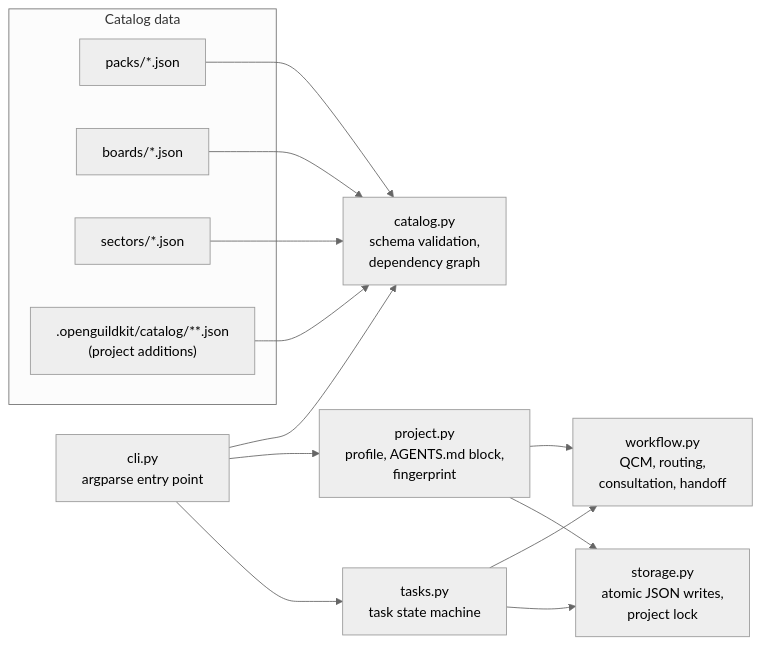
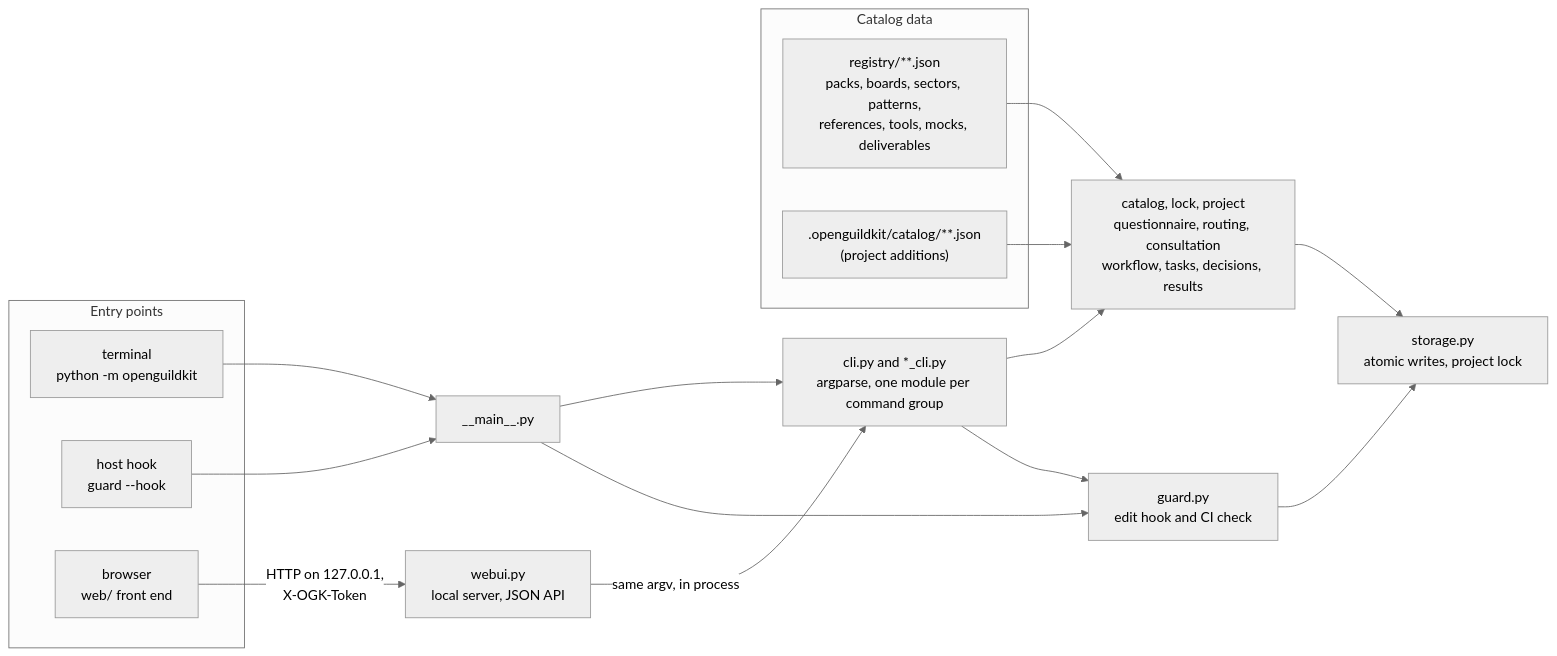
One commit to Sandbox-podcast/OpenGuildKit changed the first of 2 diagrams in docs/architecture.md. Above: the diagram before and after it, drawn with Mermaid (neutral theme). The commit also changed other lines of this file and 522 other files, not shown here.

````diff
--- a/docs/architecture.md
+++ b/docs/architecture.md
@@ -7,21 +7,26 @@
 ```mermaid
 flowchart LR
     subgraph data["Catalog data"]
-        packs["packs/*.json"]
-        boards["boards/*.json"]
-        sectors["sectors/*.json"]
+        registry["registry/**.json<br/>packs, boards, sectors, patterns,<br/>references, tools, mocks, deliverables"]
         local[".openguildkit/catalog/**.json<br/>(project additions)"]
     end
-    catalog["catalog.py<br/>schema validation,<br/>dependency graph"]
-    project["project.py<br/>profile, AGENTS.md block,<br/>fingerprint"]
-    workflow["workflow.py<br/>QCM, routing,<br/>consultation, handoff"]
-    tasks["tasks.py<br/>task state machine"]
-    storage["storage.py<br/>atomic JSON writes,<br/>project lock"]
-    cli["cli.py<br/>argparse entry point"]
+    subgraph people["Entry points"]
+        terminal["terminal<br/>python -m openguildkit"]
+        hook["host hook<br/>guard --hook"]
+        page["browser<br/>web/ front end"]
+    end
+    main["__main__.py"]
+    cli["cli.py and *_cli.py<br/>argparse, one module per command group"]
+    webui["webui.py<br/>local server, JSON API"]
+    core["catalog, lock, project<br/>questionnaire, routing, consultation<br/>workflow, tasks, decisions, results"]
+    guard["guard.py<br/>edit hook and CI check"]
+    storage["storage.py<br/>atomic writes, project lock"]
 
-    packs & boards & sectors & local --> catalog
-    cli --> catalog & project & tasks
-    tasks --> workflow
-    project --> workflow
-    project & tasks --> storage
+    registry & local --> core
+    terminal --> main --> cli
+    hook --> main --> guard
+    page -- "HTTP on 127.0.0.1,<br/>X-OGK-Token" --> webui
+    webui -- "same argv, in process" --> cli
+    cli --> core & guard
+    core & guard --> storage
 ```
````
